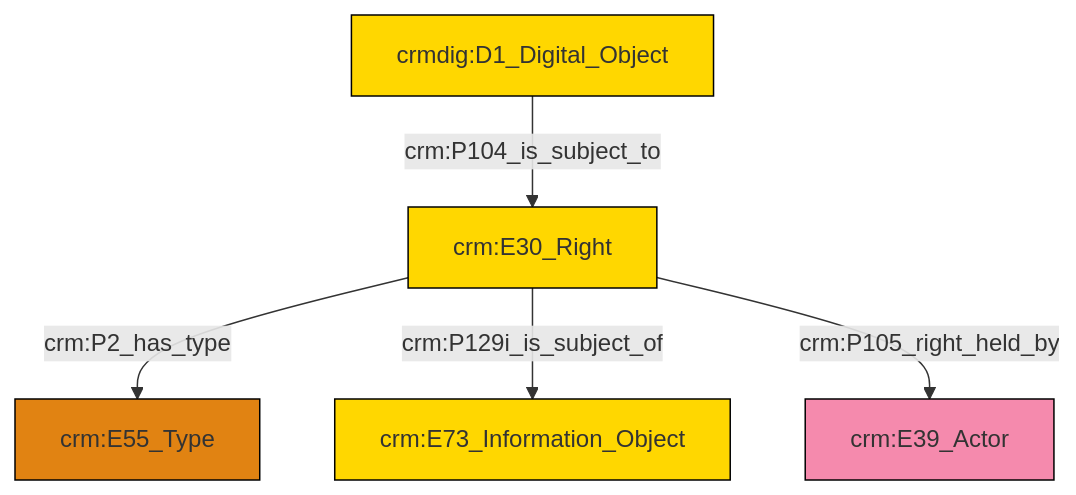
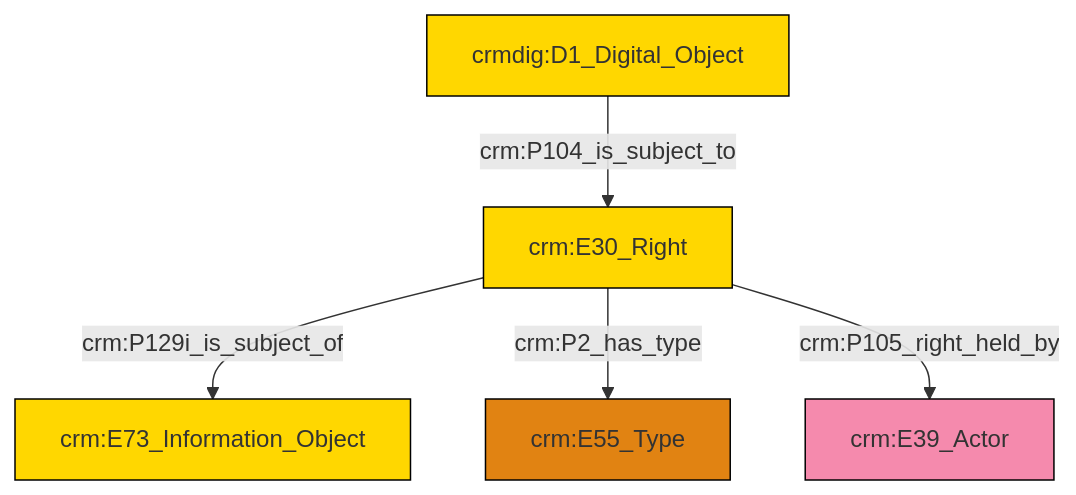
One commit to swiss-art-research-net/reference-data-models changed the diagram in et/doCSV/ttl/mmd/do_rights.ttl.mmd. Above: the diagram before and after it, drawn with Mermaid. The commit also changed 128 other files, not shown here.

```diff
--- a/et/doCSV/ttl/mmd/do_rights.ttl.mmd
+++ b/et/doCSV/ttl/mmd/do_rights.ttl.mmd
@@ -1,19 +1,19 @@
 graph TD
 classDef Literal fill:#f2f2f2,stroke:#000000;
 classDef CRM_Entity fill:#FFFFFF,stroke:#000000;
 classDef Temporal_Entity fill:#00C9E6, stroke:#000000;
 classDef Type fill:#E18312, stroke:#000000;
 classDef Time-Span fill:#2C9C91, stroke:#000000;
 classDef Appellation fill:#FFEB7F, stroke:#000000;
 classDef Place fill:#008836, stroke:#000000;
 classDef Persistent_Item fill:#B266B2, stroke:#000000;
 classDef Conceptual_Object fill:#FFD700, stroke:#000000;
 classDef Physical_Thing fill:#D2B48C, stroke:#000000;
 classDef Actor fill:#f58aad, stroke:#000000;
 classDef PC_Classes fill:#4ce600, stroke:#000000;
 classDef Multi fill:#cccccc,stroke:#000000;
 
-0["crm:E30_Right"]:::Conceptual_Object -->|crm:P2_has_type| 4["crm:E55_Type"]:::Type
-0["crm:E30_Right"]:::Conceptual_Object -->|crm:P129i_is_subject_of| 2["crm:E73_Information_Object"]:::Conceptual_Object
-0["crm:E30_Right"]:::Conceptual_Object -->|crm:P105_right_held_by| 6["crm:E39_Actor"]:::Actor
-7["crmdig:D1_Digital_Object"]:::Conceptual_Object -->|crm:P104_is_subject_to| 0["crm:E30_Right"]:::Conceptual_Object
+4["crmdig:D1_Digital_Object"]:::Conceptual_Object -->|crm:P104_is_subject_to| 0["crm:E30_Right"]:::Conceptual_Object
+0["crm:E30_Right"]:::Conceptual_Object -->|crm:P129i_is_subject_of| 5["crm:E73_Information_Object"]:::Conceptual_Object
+0["crm:E30_Right"]:::Conceptual_Object -->|crm:P2_has_type| 6["crm:E55_Type"]:::Type
+0["crm:E30_Right"]:::Conceptual_Object -->|crm:P105_right_held_by| 2["crm:E39_Actor"]:::Actor
```
